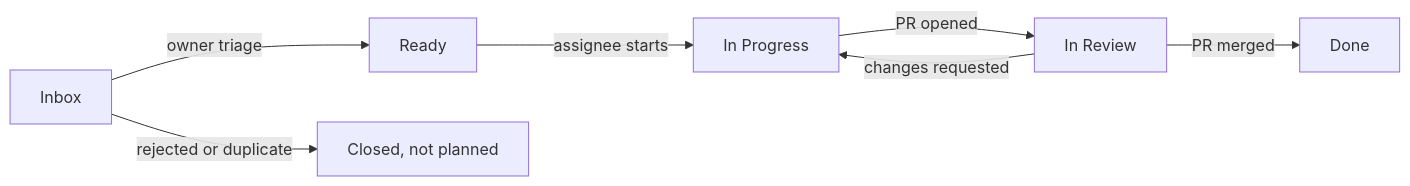
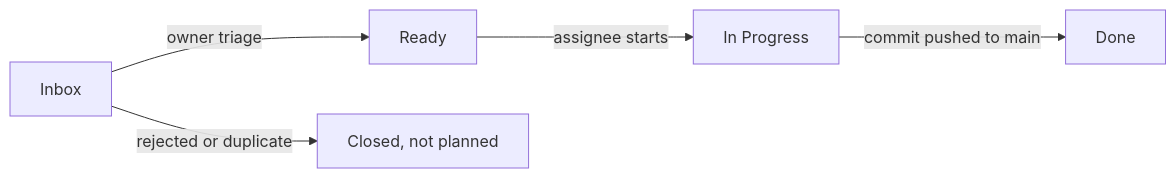
One commit to TidyMaze/ab-alone changed the second of 2 diagrams in CONTRIBUTING.md. Above: the diagram before and after it, drawn with Mermaid. The commit also changed other lines of this file and 4 other files, not shown here.

````diff
--- a/CONTRIBUTING.md
+++ b/CONTRIBUTING.md
@@ -134,9 +140,7 @@
 ```mermaid
 flowchart LR
   I[Inbox] -->|owner triage| R[Ready]
   R -->|assignee starts| P[In Progress]
-  P -->|PR opened| V[In Review]
-  V -->|changes requested| P
-  V -->|PR merged| D[Done]
+  P -->|commit pushed to main| D[Done]
   I -->|rejected or duplicate| X[Closed, not planned]
 ```
````
